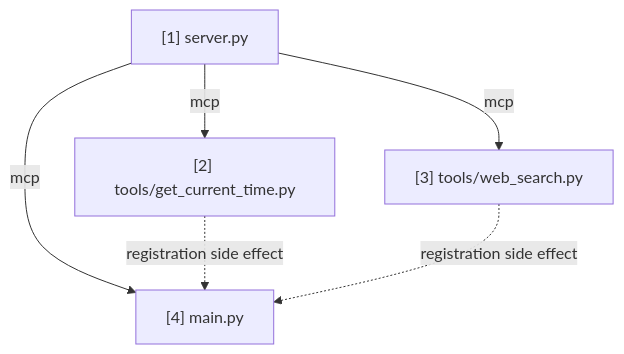
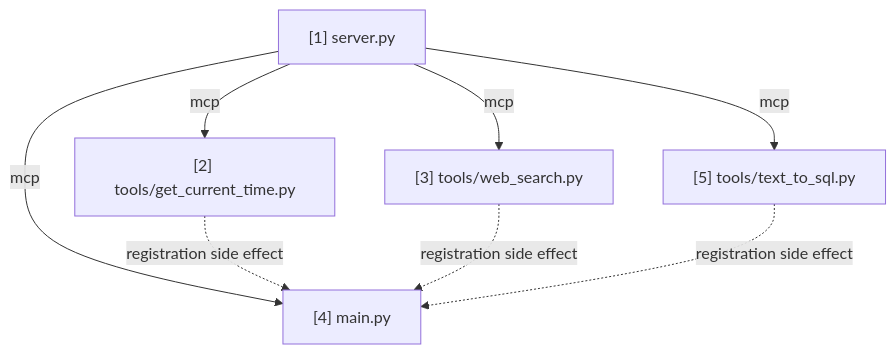
Before and after one commit to viplav-artha/mcp-tools: the diagram in NOTES.md, drawn with Mermaid. The commit also changed other lines of this file and 8 other files, not shown here.

First line of the commit message:
Add text_to_sql tool wrapping rag-text-to-sql as a git submodule

````diff
--- a/NOTES.md
+++ b/NOTES.md
@@ -55,12 +66,15 @@
 ```mermaid
 graph TD
     n1["[1] server.py"]
     n2["[2] tools/get_current_time.py"]
     n3["[3] tools/web_search.py"]
     n4["[4] main.py"]
+    n5["[5] tools/text_to_sql.py"]
     n1 -->|mcp| n2
     n1 -->|mcp| n3
     n1 -->|mcp| n4
+    n1 -->|mcp| n5
     n2 -.->|registration side effect| n4
     n3 -.->|registration side effect| n4
+    n5 -.->|registration side effect| n4
 ```
````
